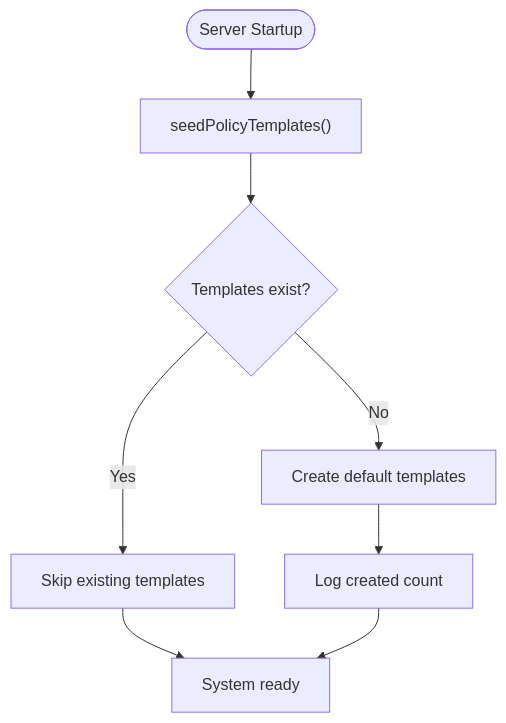
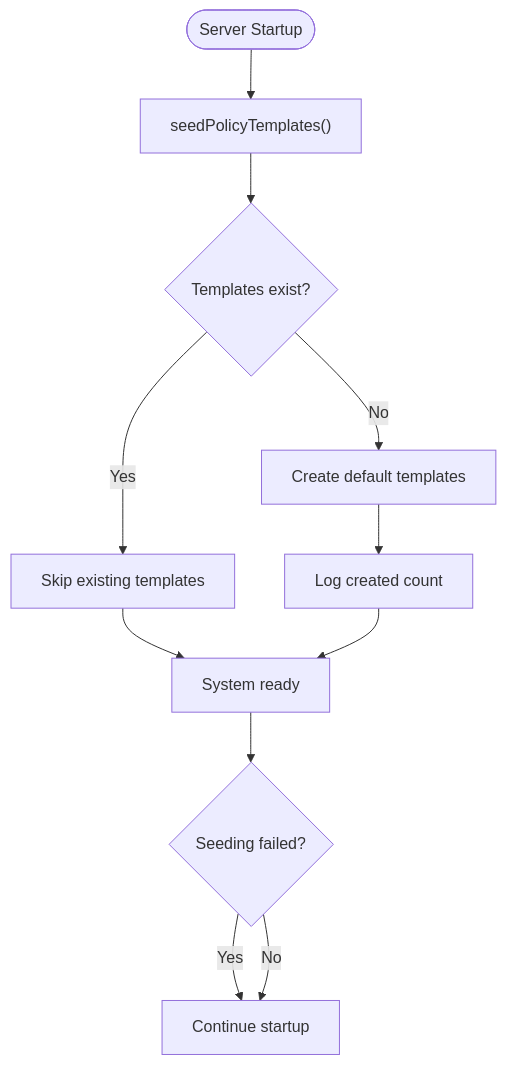
Before and after one commit to NaveenHiranya/Smart-Vehicle-Insurance-Claim-System: the third of 8 diagrams in .qoder/repowiki/en/content/Business Logic Layer/Policy Management System.md, drawn with Mermaid. The commit also changed other lines of this file and 33 other files, not shown here.

````diff
--- a/.qoder/repowiki/en/content/Business Logic Layer/Policy Management System.md
+++ b/.qoder/repowiki/en/content/Business Logic Layer/Policy Management System.md
@@ -176,10 +184,13 @@
 ```mermaid
 flowchart TD
 Start(["Server Startup"]) --> Seed["seedPolicyTemplates()"]
 Seed --> Check{"Templates exist?"}
 Check -- No --> Create["Create default templates"]
 Check -- Yes --> Skip["Skip existing templates"]
 Create --> Log["Log created count"]
 Skip --> Ready["System ready"]
 Log --> Ready
+Ready --> Error{"Seeding failed?"}
+Error -- Yes --> Continue["Continue startup"]
+Error -- No --> Continue
 ```
````
